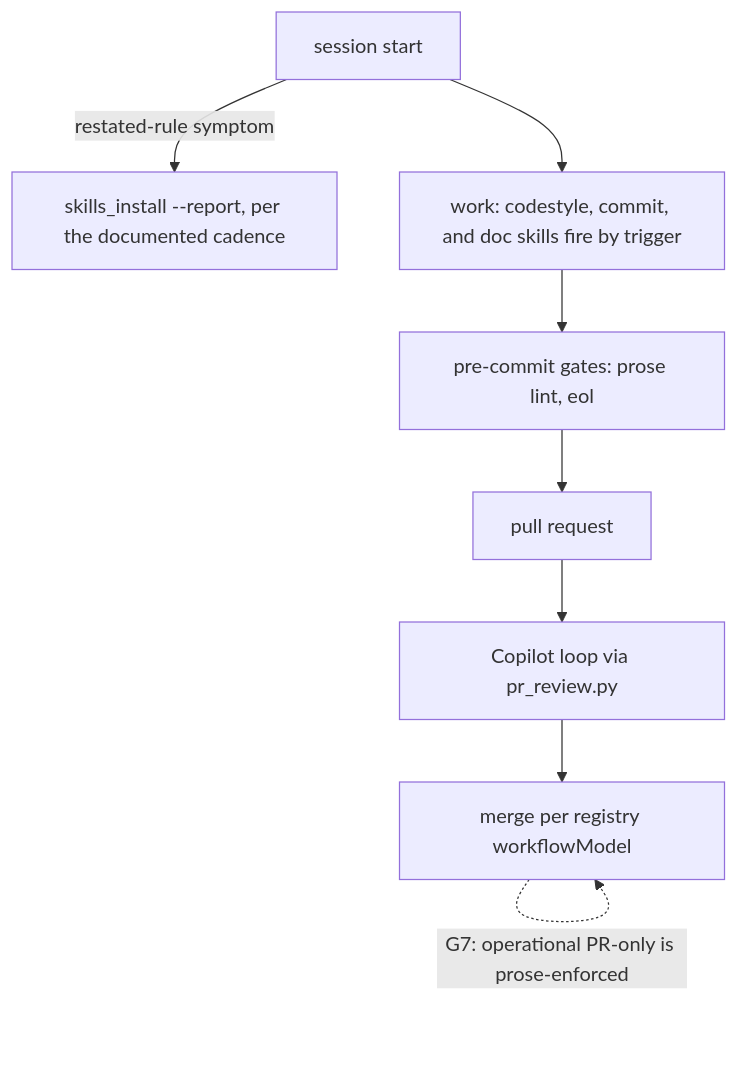
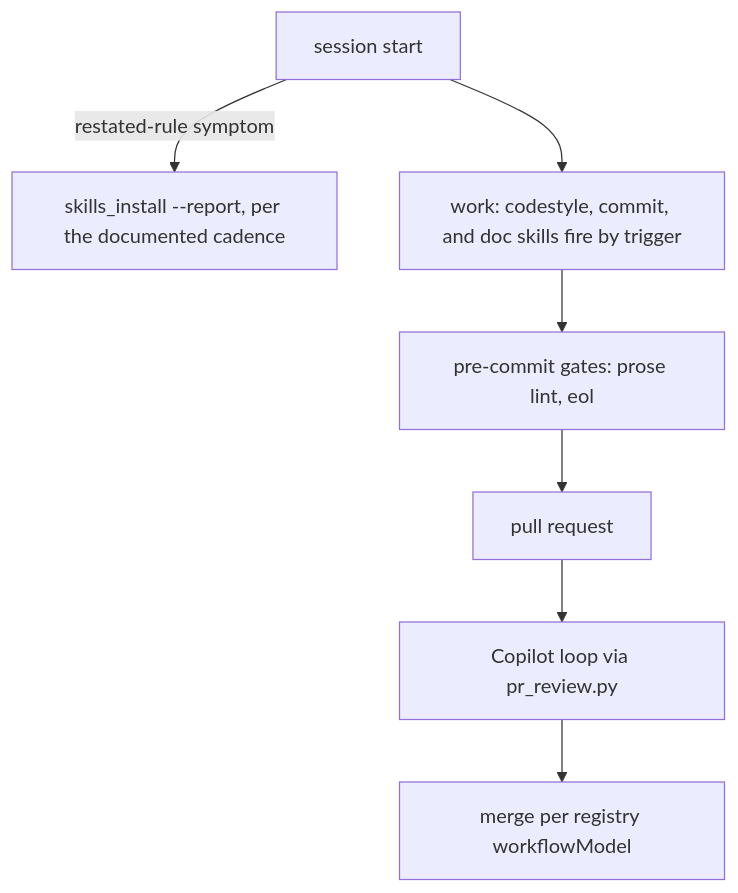
One commit to ptr727/ProjectTemplate changed the fifth of 7 diagrams in docs/fleet-map.md. Above: the diagram before and after it, drawn with Mermaid. The commit also changed other lines of this file and 9 other files, not shown here.

````diff
--- a/docs/fleet-map.md
+++ b/docs/fleet-map.md
@@ -124,10 +122,9 @@
 ```mermaid
 flowchart TD
   start["session start"] -->|"restated-rule symptom"| stale["skills_install --report, per the documented cadence"]
   start --> work["work: codestyle, commit, and doc skills fire by trigger"]
   work --> gates["pre-commit gates: prose lint, eol"]
   gates --> pr["pull request"]
   pr --> review["Copilot loop via pr_review.py"]
   review --> merge["merge per registry workflowModel"]
-  merge -.->|"G7: operational PR-only is prose-enforced"| merge
 ```
````
